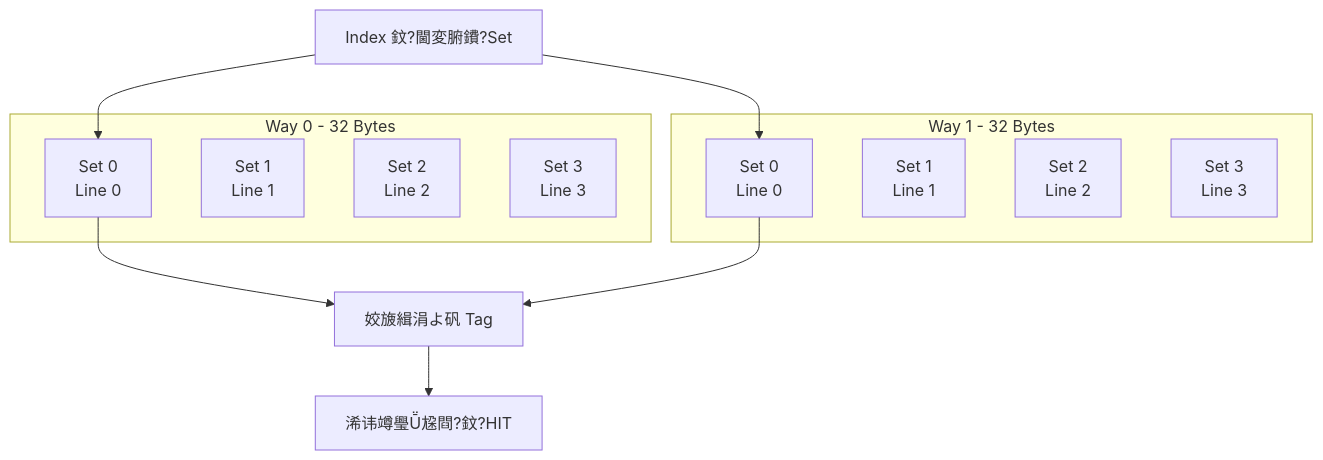
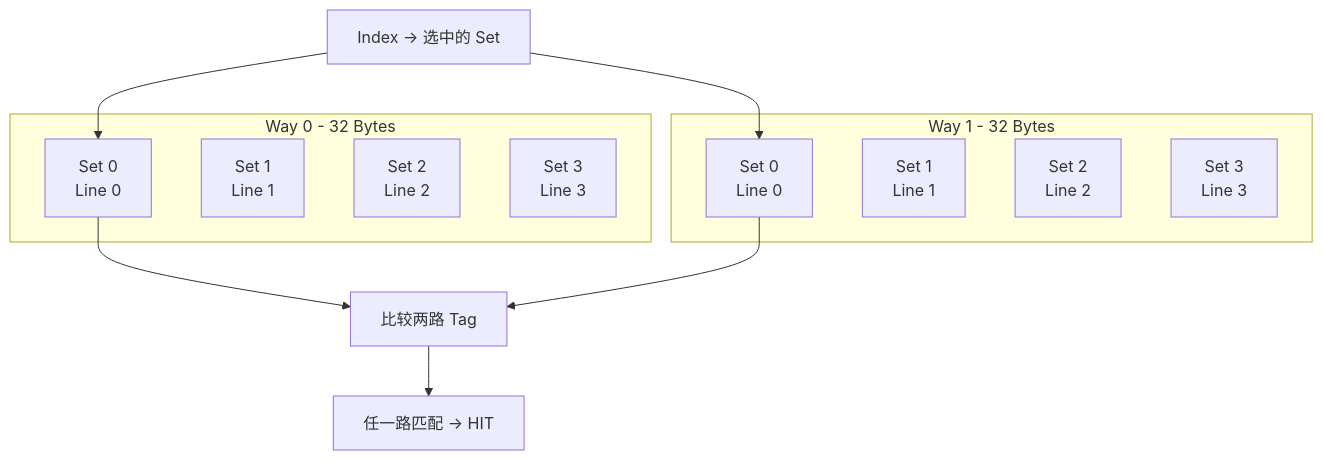
The fourth of 10 diagrams in 09-Notes/06-Cache基础与映射方式.md (muyuzhang29-oss/obsidian-knowledge-base), drawn with Mermaid before and after one commit. The commit also changed other lines of this file and 144 other files, not shown here.

````diff
--- a/09-Notes/06-Cache基础与映射方式.md
+++ b/09-Notes/06-Cache基础与映射方式.md
@@ -75,20 +75,20 @@
 ```mermaid
 flowchart TB
     subgraph Way0[Way 0 - 32 Bytes]
         W0S0["Set 0<br/>Line 0"]
         W0S1["Set 1<br/>Line 1"]
         W0S2["Set 2<br/>Line 2"]
         W0S3["Set 3<br/>Line 3"]
     end
     subgraph Way1[Way 1 - 32 Bytes]
         W1S0["Set 0<br/>Line 0"]
         W1S1["Set 1<br/>Line 1"]
         W1S2["Set 2<br/>Line 2"]
         W1S3["Set 3<br/>Line 3"]
     end
-    SET[Index 鈫?閫変腑鐨?Set] --> W0S0
+    SET[Index → 选中的 Set] --> W0S0
     SET --> W1S0
-    W0S0 --> CMP[姣旇緝涓よ矾 Tag]
+    W0S0 --> CMP[比较两路 Tag]
     W1S0 --> CMP
-    CMP --> HIT[浠讳竴璺尮閰?鈫?HIT]
+    CMP --> HIT[任一路匹配 → HIT]
 ```
````
